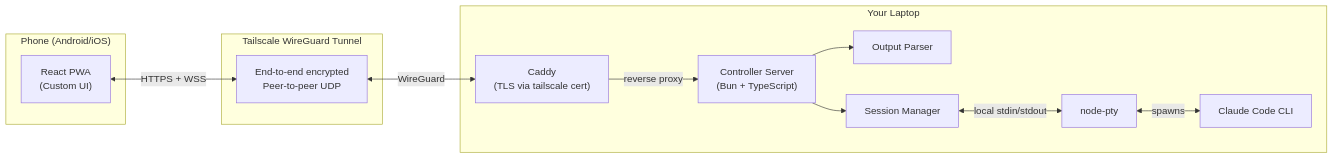
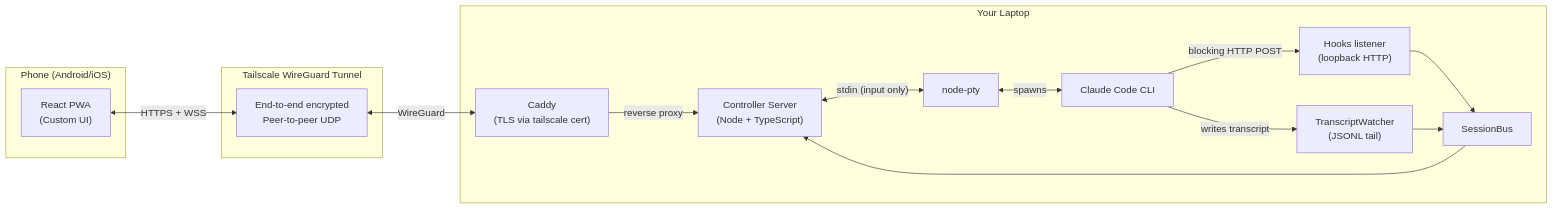
The first of 6 diagrams in README.md (jagnani73/claude-controller), drawn with Mermaid before and after one commit. The commit also changed other lines of this file and 26 other files, not shown here.

````diff
--- a/README.md
+++ b/README.md
@@ -95,28 +100,32 @@
 ```mermaid
 graph LR
     subgraph Phone["Phone (Android/iOS)"]
         PWA["React PWA<br>(Custom UI)"]
     end
 
     subgraph Tailscale["Tailscale WireGuard Tunnel"]
         WG["End-to-end encrypted<br>Peer-to-peer UDP"]
     end
 
     subgraph Laptop["Your Laptop"]
         Caddy["Caddy<br>(TLS via tailscale cert)"]
-        Server["Controller Server<br>(Bun + TypeScript)"]
-        Parser["Output Parser"]
-        SM["Session Manager"]
+        Server["Controller Server<br>(Node + TypeScript)"]
+        Bus["SessionBus"]
+        Hooks["Hooks listener<br>(loopback HTTP)"]
+        Transcript["TranscriptWatcher<br>(JSONL tail)"]
         PTY["node-pty"]
         Claude["Claude Code CLI"]
 
         Caddy -->|"reverse proxy"| Server
-        Server --> Parser
-        Server --> SM
-        SM <-->|"local stdin/stdout"| PTY
+        Server <-->|"stdin (input only)"| PTY
         PTY <-->|"spawns"| Claude
+        Claude -->|"blocking HTTP POST"| Hooks
+        Claude -->|"writes transcript"| Transcript
+        Hooks --> Bus
+        Transcript --> Bus
+        Bus --> Server
     end
 
     PWA <-->|"HTTPS + WSS"| WG
     WG <-->|"WireGuard"| Caddy
 ```
````
